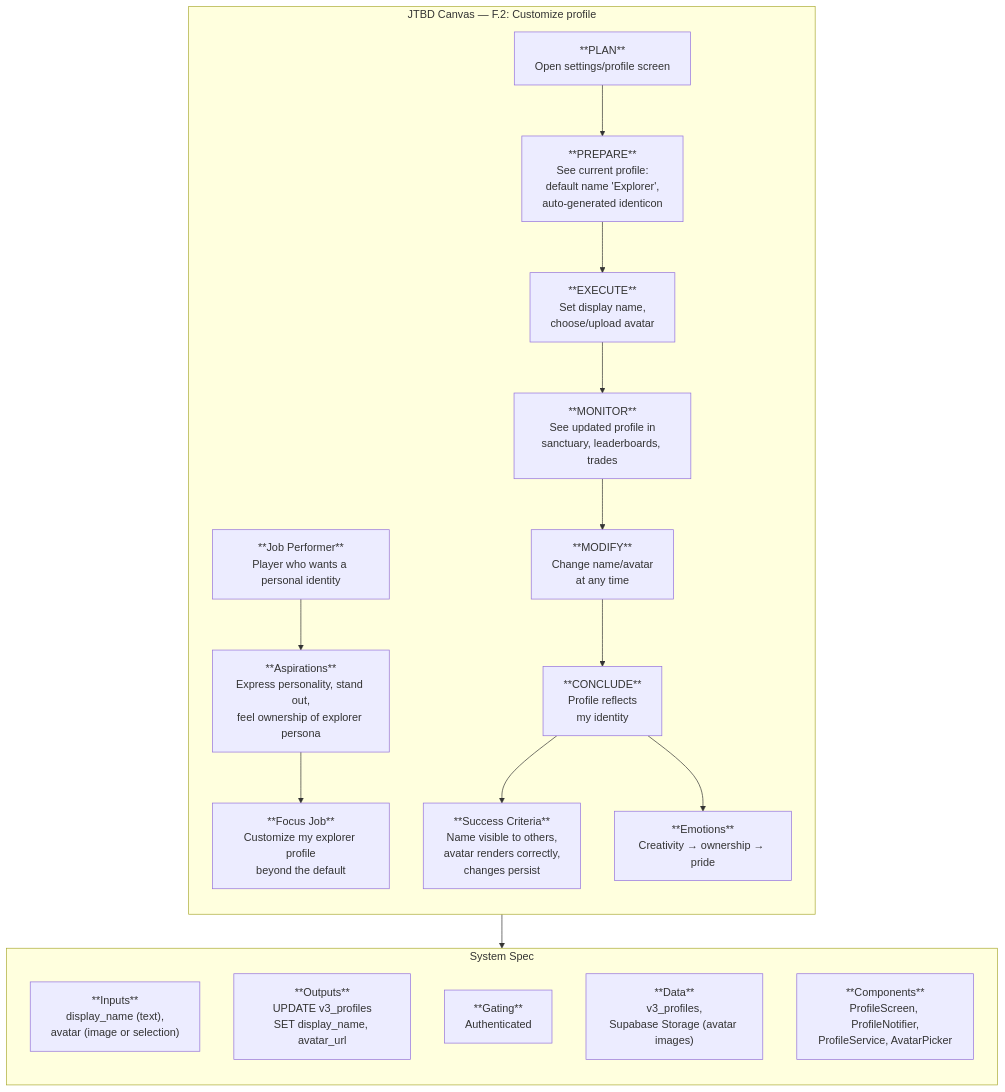
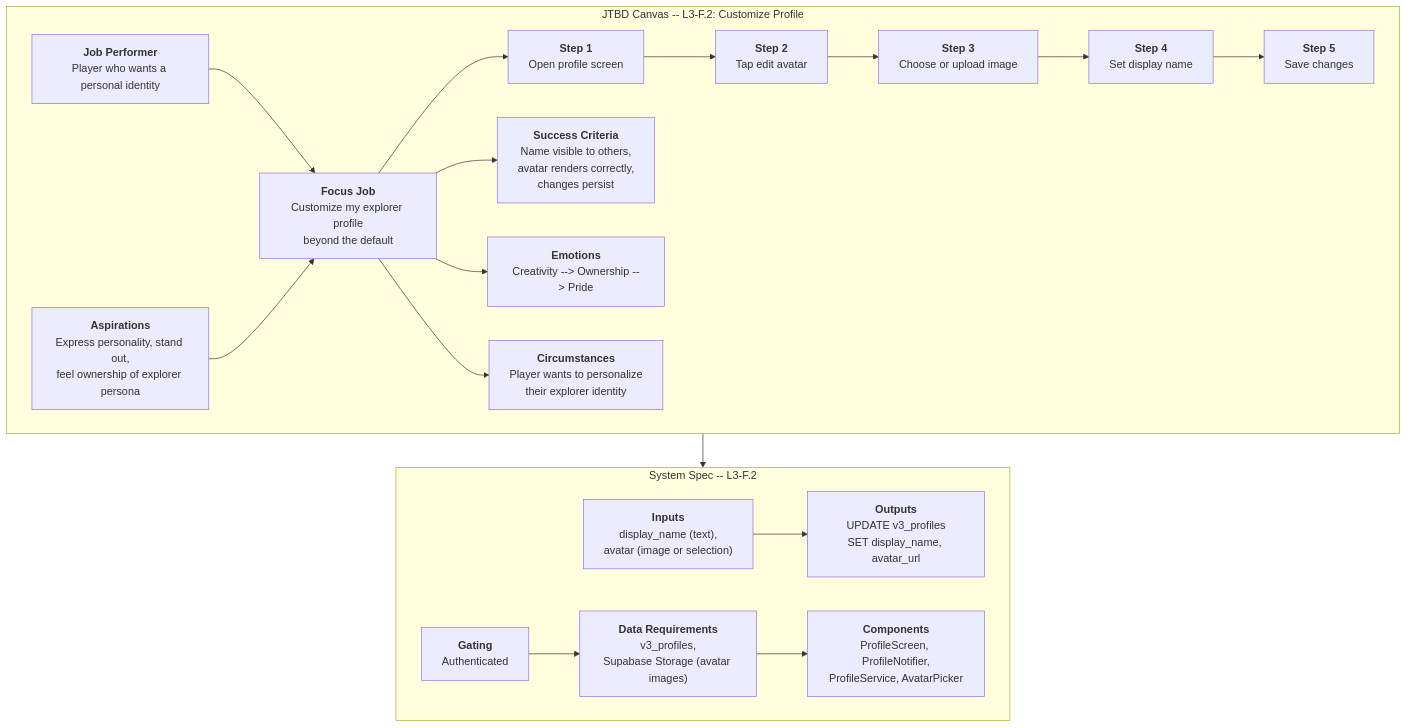
One commit to JMLegere/geo-app changed the diagram in docs/diagrams/problem/f2-customize-profile.mmd. Above: the diagram before and after it, drawn with Mermaid. The commit also changed 52 other files, not shown here.

First line of the commit message:
docs: replace generic JTBD steps with job hierarchy decomposition

```diff
--- a/docs/diagrams/problem/f2-customize-profile.mmd
+++ b/docs/diagrams/problem/f2-customize-profile.mmd
@@ -1,40 +1,37 @@
 %% Status: NEEDS HUMAN REVIEW
-%% L3-F.2: Customize profile
-%% Parent: F (Manage my explorer identity)
+flowchart TD
+    subgraph JTBD["JTBD Canvas -- L3-F.2: Customize Profile"]
+        JP["<b>Job Performer</b><br/>Player who wants a personal identity"]
+        ASP["<b>Aspirations</b><br/>Express personality, stand out,<br/>feel ownership of explorer persona"]
+        FJ["<b>Focus Job</b><br/>Customize my explorer profile<br/>beyond the default"]
+        S1["<b>Step 1</b><br/>Open profile screen"]
+        S2["<b>Step 2</b><br/>Tap edit avatar"]
+        S3["<b>Step 3</b><br/>Choose or upload image"]
+        S4["<b>Step 4</b><br/>Set display name"]
+        S5["<b>Step 5</b><br/>Save changes"]
+        SC["<b>Success Criteria</b><br/>Name visible to others,<br/>avatar renders correctly,<br/>changes persist"]
+        EM["<b>Emotions</b><br/>Creativity --> Ownership --> Pride"]
+        CIRC["<b>Circumstances</b><br/>Player wants to personalize<br/>their explorer identity"]
 
-flowchart TD
-    subgraph JTBD["JTBD Canvas — F.2: Customize profile"]
-        direction TB
-
-        JP["**Job Performer**\nPlayer who wants a personal identity"]
-        ASP["**Aspirations**\nExpress personality, stand out,\nfeel ownership of explorer persona"]
-        FJ["**Focus Job**\nCustomize my explorer profile\nbeyond the default"]
-
-        PLAN["**PLAN**\nOpen settings/profile screen"]
-        PREPARE["**PREPARE**\nSee current profile:\ndefault name 'Explorer',\nauto-generated identicon"]
-        EXECUTE["**EXECUTE**\nSet display name,\nchoose/upload avatar"]
-        MONITOR["**MONITOR**\nSee updated profile in\nsanctuary, leaderboards, trades"]
-        MODIFY["**MODIFY**\nChange name/avatar\nat any time"]
-        CONCLUDE["**CONCLUDE**\nProfile reflects\nmy identity"]
-
-        JP --> ASP --> FJ
-        PLAN --> PREPARE --> EXECUTE --> MONITOR --> MODIFY --> CONCLUDE
-
-        SC["**Success Criteria**\nName visible to others,\navatar renders correctly,\nchanges persist"]
-        EM["**Emotions**\nCreativity → ownership → pride"]
-
-        CONCLUDE --> SC
-        CONCLUDE --> EM
+        JP --> FJ
+        ASP --> FJ
+        FJ --> S1
+        S1 --> S2 --> S3 --> S4 --> S5
+        FJ --> SC
+        FJ --> EM
+        FJ --> CIRC
     end
 
-    subgraph SYS["System Spec"]
-        direction TB
+    subgraph SystemSpec["System Spec -- L3-F.2"]
+        IN["<b>Inputs</b><br/>display_name (text),<br/>avatar (image or selection)"]
+        OUT["<b>Outputs</b><br/>UPDATE v3_profiles<br/>SET display_name, avatar_url"]
+        GATE["<b>Gating</b><br/>Authenticated"]
+        DATA["<b>Data Requirements</b><br/>v3_profiles,<br/>Supabase Storage (avatar images)"]
+        COMP["<b>Components</b><br/>ProfileScreen, ProfileNotifier,<br/>ProfileService, AvatarPicker"]
 
-        IN["**Inputs**\ndisplay_name (text),\navatar (image or selection)"]
-        OUT["**Outputs**\nUPDATE v3_profiles\nSET display_name, avatar_url"]
-        GATE["**Gating**\nAuthenticated"]
-        DATA["**Data**\nv3_profiles,\nSupabase Storage (avatar images)"]
-        COMP["**Components**\nProfileScreen, ProfileNotifier,\nProfileService, AvatarPicker"]
+        IN --> OUT
+        GATE --> DATA
+        DATA --> COMP
     end
 
-    JTBD --> SYS
+    JTBD --> SystemSpec
```
